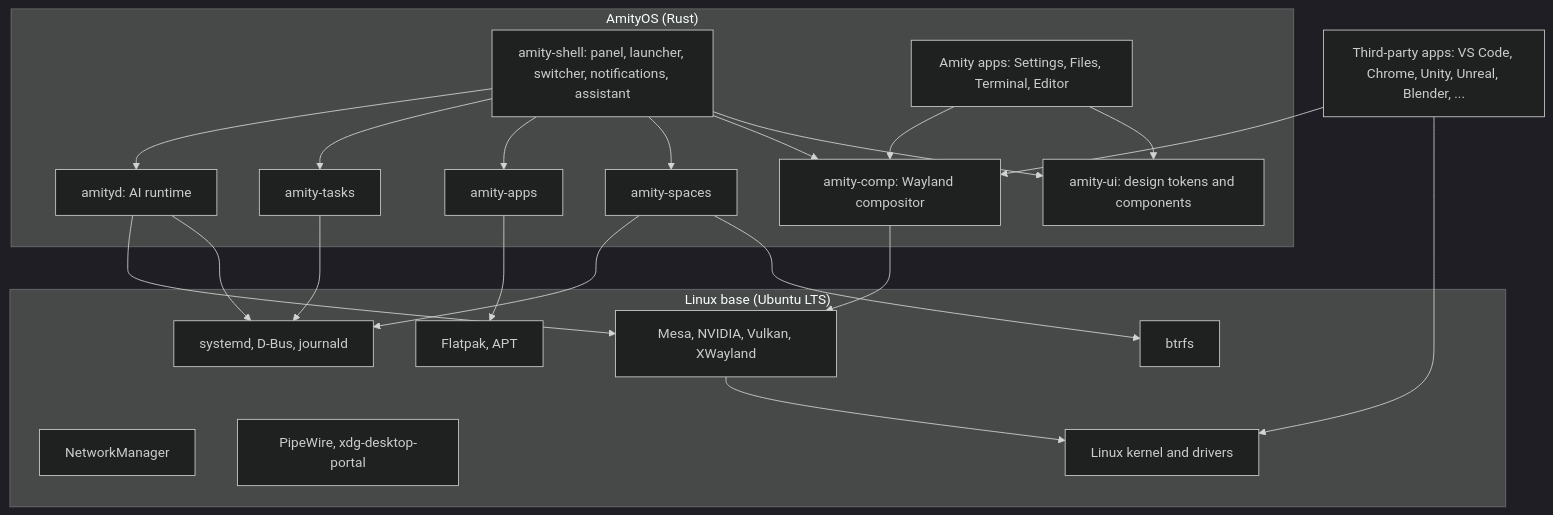
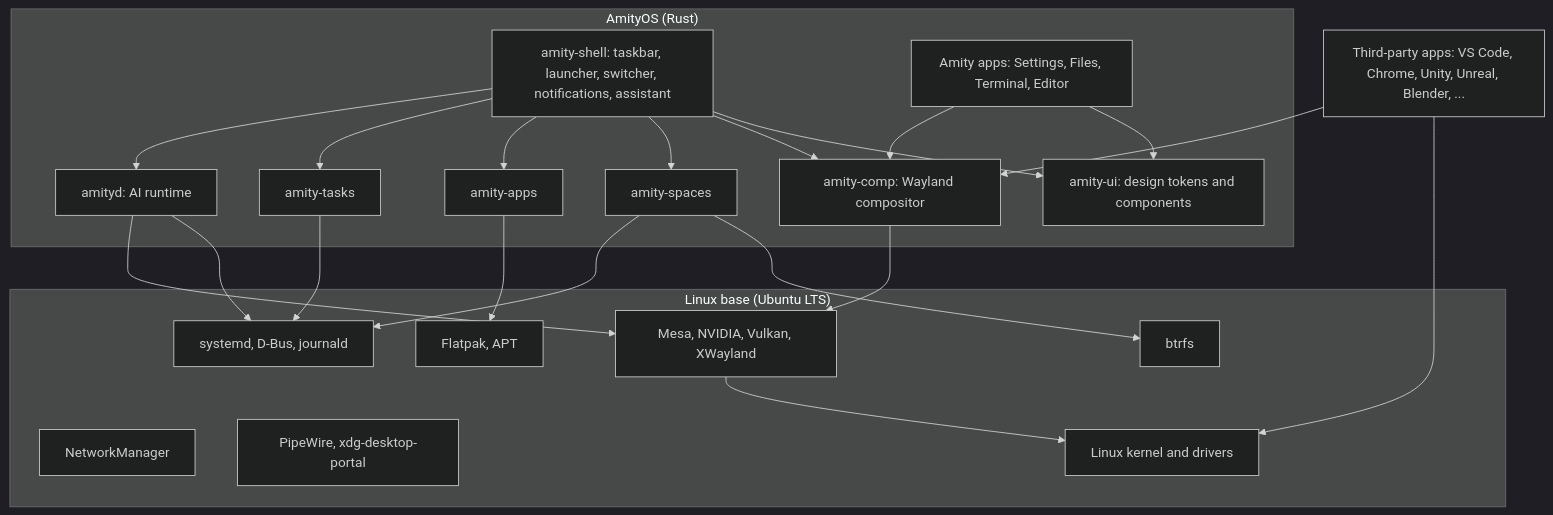
The diagram in docs/architecture.md (You-Know-Its-Me-Studios/AmityOS), drawn with Mermaid (dark theme) before and after one commit. The commit also changed other lines of this file and 29 other files, not shown here.

````diff
--- a/docs/architecture.md
+++ b/docs/architecture.md
@@ -8,34 +8,34 @@
 ```mermaid
 flowchart TB
     subgraph Owned["AmityOS (Rust)"]
-        Shell[amity-shell: panel, launcher, switcher, notifications, assistant]
+        Shell[amity-shell: taskbar, launcher, switcher, notifications, assistant]
         Apps[Amity apps: Settings, Files, Terminal, Editor]
         UI[amity-ui: design tokens and components]
         Comp[amity-comp: Wayland compositor]
         Spaces[amity-spaces]
         AppMgr[amity-apps]
         Tasks[amity-tasks]
         AI[amityd: AI runtime]
     end
     subgraph Base["Linux base (Ubuntu LTS)"]
         Sysd[systemd, D-Bus, journald]
         Net[NetworkManager]
         Media[PipeWire, xdg-desktop-portal]
         Gfx[Mesa, NVIDIA, Vulkan, XWayland]
         Pkg[Flatpak, APT]
         FS[btrfs]
         Kernel[Linux kernel and drivers]
     end
     Shell --> UI
     Apps --> UI
     Shell --> Comp
     Apps --> Comp
     Shell --> Spaces & AppMgr & Tasks & AI
     Comp --> Gfx --> Kernel
     Spaces --> FS & Sysd
     AppMgr --> Pkg
     Tasks --> Sysd
     AI --> Sysd & Gfx
     Third[Third-party apps: VS Code, Chrome, Unity, Unreal, Blender, ...] --> Comp
     Third --> Kernel
 ```
````
